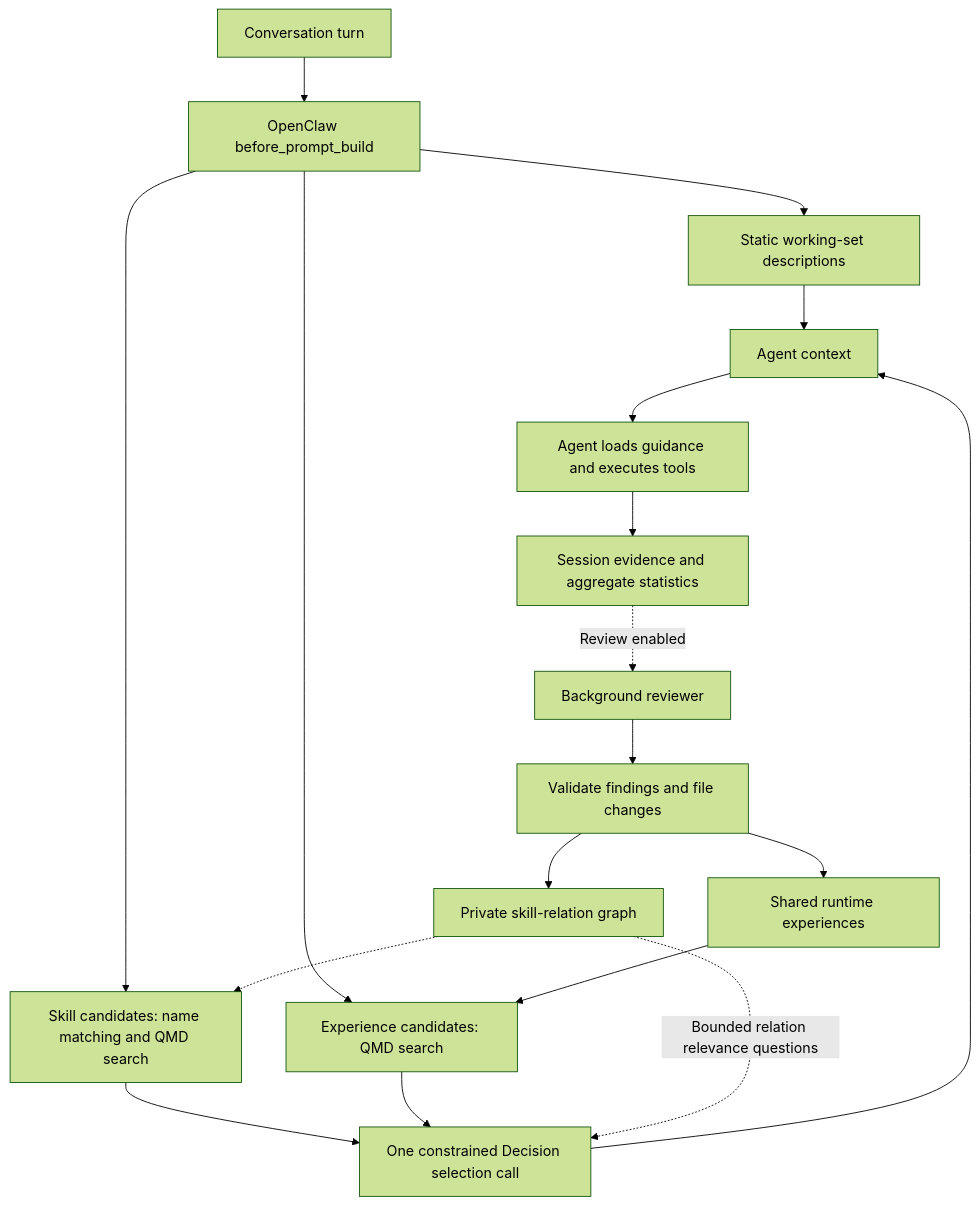
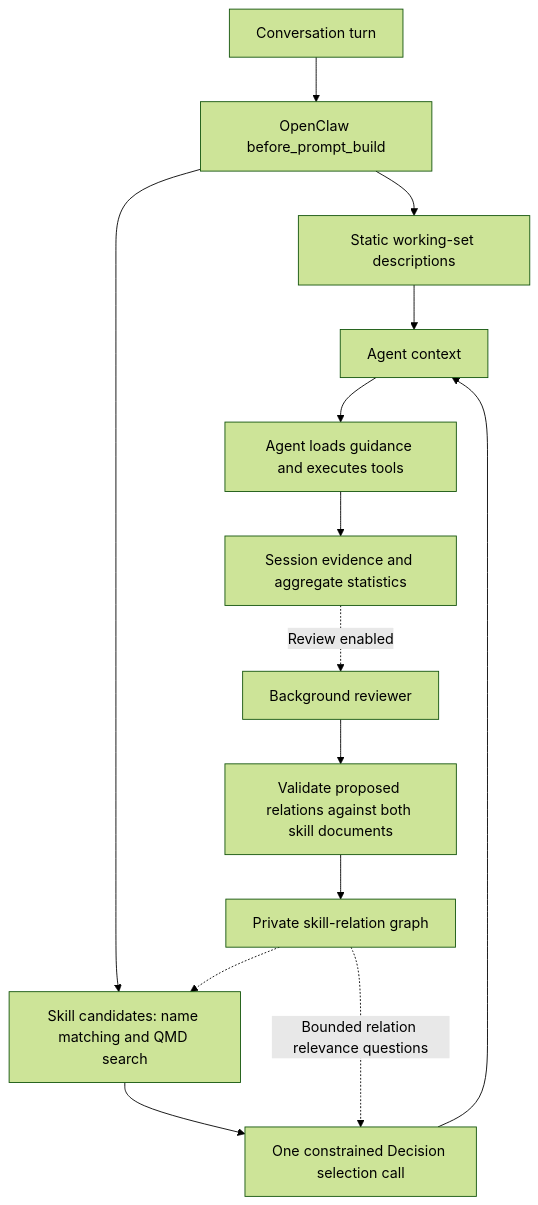
The diagram in README.md (ani6439walc/openclaw-plugin-skill-harness), drawn with Mermaid (forest theme) before and after one commit. The commit also changed other lines of this file and 67 other files, not shown here.

````diff
--- a/README.md
+++ b/README.md
@@ -38,20 +37,16 @@
 ```mermaid
 flowchart TD
   U[Conversation turn] --> H[OpenClaw before_prompt_build]
   H --> W[Static working-set descriptions]
   H --> S[Skill candidates: name matching and QMD search]
-  H --> E[Experience candidates: QMD search]
   G[Private skill-relation graph] -.-> S
   S --> J[One constrained Decision selection call]
-  E --> J
   G -. Bounded relation relevance questions .-> J
   W --> C[Agent context]
   J --> C
   C --> A[Agent loads guidance and executes tools]
   A --> T[Session evidence and aggregate statistics]
   T -. Review enabled .-> R[Background reviewer]
-  R --> V[Validate findings and file changes]
-  V --> X[Shared runtime experiences]
+  R --> V[Validate proposed relations against both skill documents]
   V --> G
-  X --> E
 ```
````
